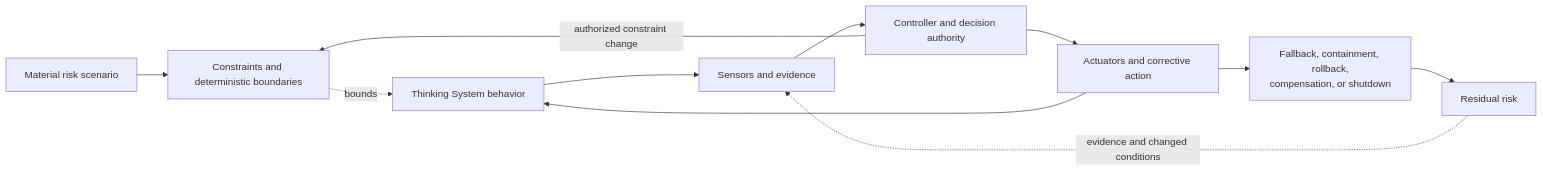
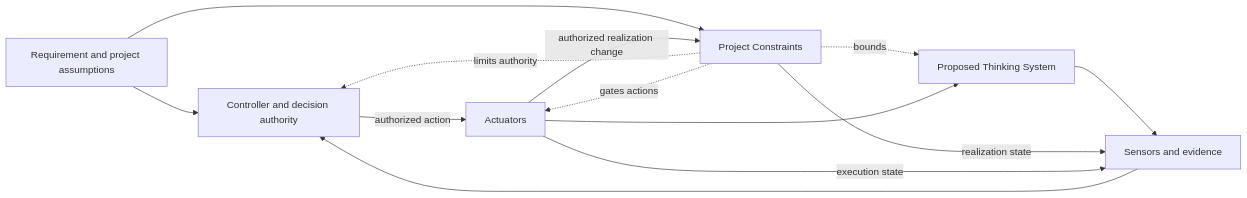
One commit to UncertaintyArchitectureGroup/uncertainty-architecture changed the second of 2 diagrams in 01-patterns/project-control-architecture-and-viability-review.md. Above: the diagram before and after it, drawn with Mermaid. The commit also changed other lines of this file, not shown here.

Commit message:
docs: make project constraint architecture single-source

````diff
--- a/01-patterns/project-control-architecture-and-viability-review.md
+++ b/01-patterns/project-control-architecture-and-viability-review.md
@@ -358,18 +239,22 @@
 ```mermaid
 flowchart LR
-    R[Material risk scenario]
-    K[Constraints and deterministic boundaries]
-    P[Thinking System behavior]
+    R[Requirement and project assumptions]
+    K[Project Constraints]
+    P[Proposed Thinking System]
     S[Sensors and evidence]
     C[Controller and decision authority]
-    A[Actuators and corrective action]
-    F[Fallback, containment, rollback,<br/>compensation, or shutdown]
-    RES[Residual risk]
+    A[Actuators]
 
+    R --> C
     R --> K
     K -. bounds .-> P
-    P --> S --> C --> A --> P
-    A --> F --> RES
-    RES -. evidence and changed conditions .-> S
-    C -->|authorized constraint change| K
+    K -. limits authority .-> C
+    K -. gates actions .-> A
+    P --> S
+    K -->|realization state| S
+    A -->|execution state| S
+    S --> C
+    C -->|authorized action| A
+    A --> P
+    A -->|authorized realization change| K
 ```
````
